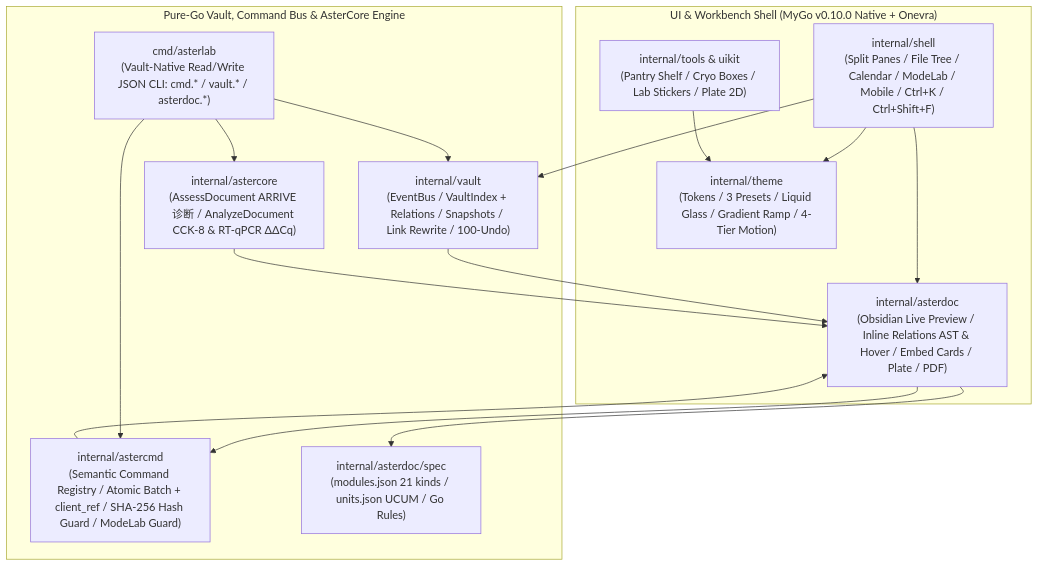
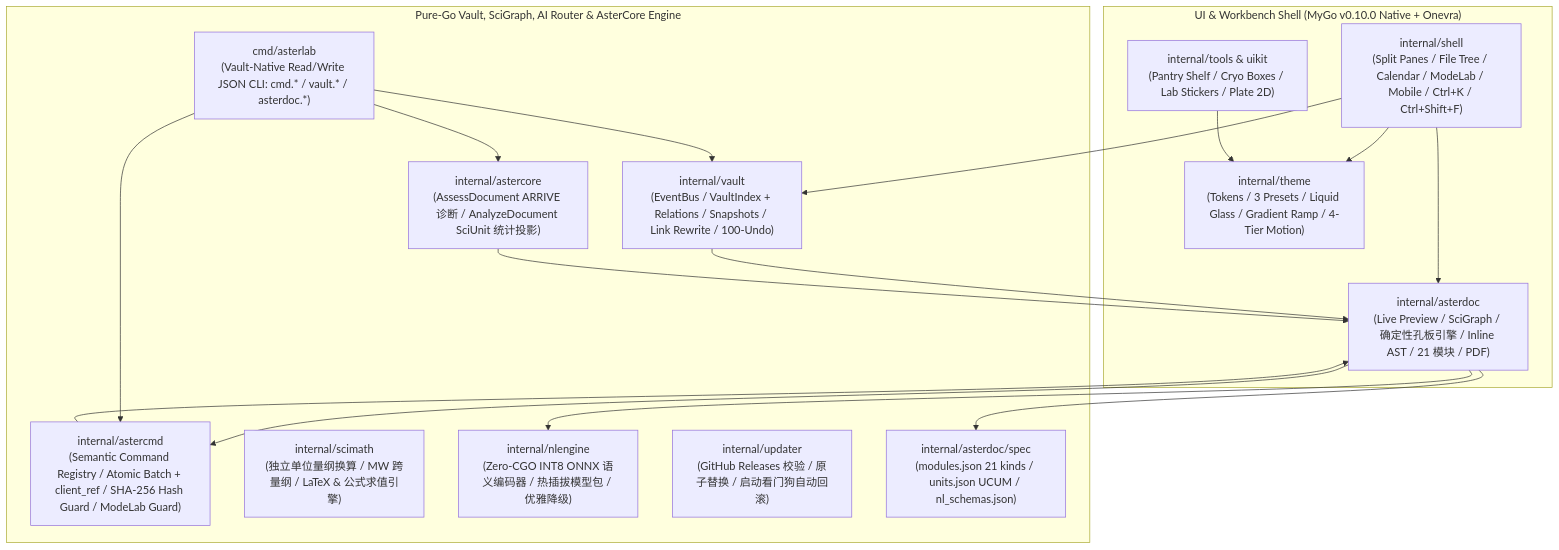
Before and after one commit to LLLin000/AsterLab: the diagram in docs/handbook/architecture.md, drawn with Mermaid. The commit also changed other lines of this file and 22 other files, not shown here.

Commit message:
feat(scimath,asterdoc,astercore,docs): extract standalone scimath unit/calc engine, enforce v0.2.0 scientific guards, optional AI packaging, and modular docs (#192)

````diff
--- a/docs/handbook/architecture.md
+++ b/docs/handbook/architecture.md
@@ -11,30 +11,34 @@
 ```mermaid
 flowchart TB
   subgraph UI["UI & Workbench Shell (MyGo v0.10.0 Native + Onevra)"]
     Shell["internal/shell<br/>(Split Panes / File Tree / Calendar / ModeLab / Mobile / Ctrl+K / Ctrl+Shift+F)"]
     Theme["internal/theme<br/>(Tokens / 3 Presets / Liquid Glass / Gradient Ramp / 4-Tier Motion)"]
-    DocUI["internal/asterdoc<br/>(Obsidian Live Preview / Inline Relations AST & Hover / Embed Cards / Plate / PDF)"]
+    DocUI["internal/asterdoc<br/>(Live Preview / SciGraph / 确定性孔板引擎 / Inline AST / 21 模块 / PDF)"]
     Tools["internal/tools & uikit<br/>(Pantry Shelf / Cryo Boxes / Lab Stickers / Plate 2D)"]
   end
 
-  subgraph Engine["Pure-Go Vault, Command Bus & AsterCore Engine"]
+  subgraph Engine["Pure-Go Vault, SciGraph, AI Router & AsterCore Engine"]
     Cmd["internal/astercmd<br/>(Semantic Command Registry / Atomic Batch + client_ref / SHA-256 Hash Guard / ModeLab Guard)"]
     Vault["internal/vault<br/>(EventBus / VaultIndex + Relations / Snapshots / Link Rewrite / 100-Undo)"]
-    Core["internal/astercore<br/>(AssessDocument ARRIVE 诊断 / AnalyzeDocument CCK-8 & RT-qPCR ΔΔCq)"]
+    Core["internal/astercore<br/>(AssessDocument ARRIVE 诊断 / AnalyzeDocument SciUnit 统计投影)"]
+    Math["internal/scimath<br/>(独立单位量纲换算 / MW 跨量纲 / LaTeX & 公式求值引擎)"]
+    NL["internal/nlengine<br/>(Zero-CGO INT8 ONNX 语义编码器 / 热插拔模型包 / 优雅降级)"]
+    Upd["internal/updater<br/>(GitHub Releases 校验 / 原子替换 / 启动看门狗自动回滚)"]
     CLI["cmd/asterlab<br/>(Vault-Native Read/Write JSON CLI: cmd.* / vault.* / asterdoc.*)"]
-    Spec["internal/asterdoc/spec<br/>(modules.json 21 kinds / units.json UCUM / Go Rules)"]
+    Spec["internal/asterdoc/spec<br/>(modules.json 21 kinds / units.json UCUM / nl_schemas.json)"]
   end
 
   Shell --> Theme
   Shell --> Vault
   Shell --> DocUI
   DocUI --> Spec
+  DocUI --> NL
   DocUI --> Cmd
   Cmd --> DocUI
   Tools --> Theme
   Vault --> DocUI
   Core --> DocUI
   CLI --> Vault
   CLI --> Cmd
   CLI --> Core
 ```
````
